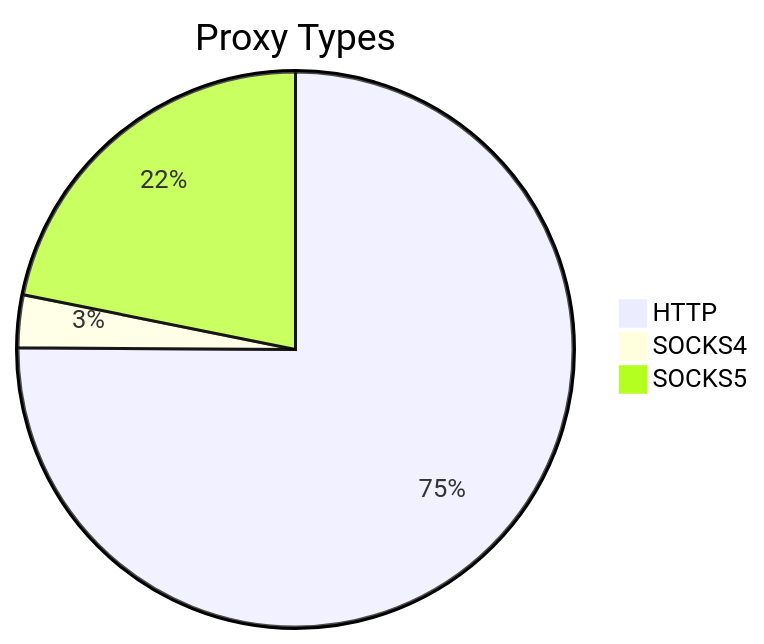
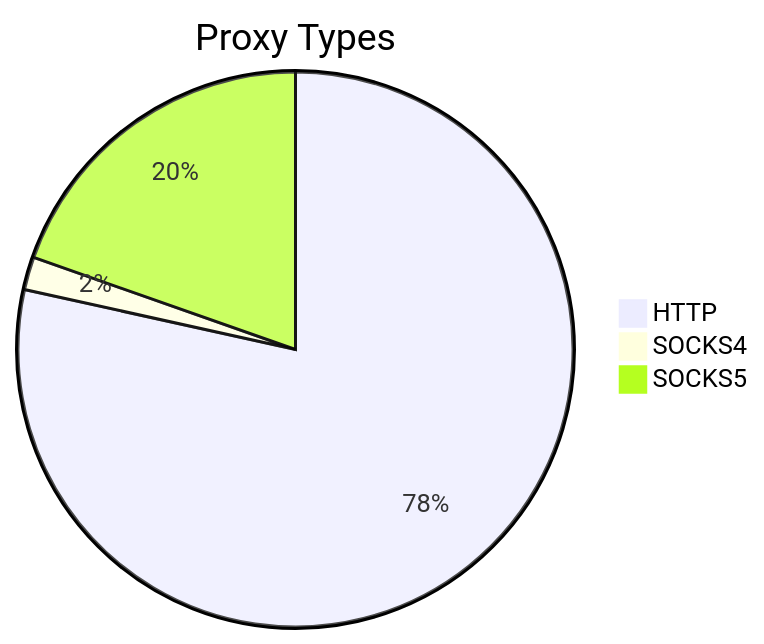
The first of 2 diagrams in README.md (stormsia/proxy-list), drawn with Mermaid before and after one commit. The commit also changed other lines of this file, not shown here.

````diff
--- a/README.md
+++ b/README.md
@@ -21,6 +21,6 @@
 ```mermaid
 pie title Proxy Types
-    "HTTP" : 196
-    "SOCKS4" : 8
-    "SOCKS5" : 57
+    "HTTP" : 164
+    "SOCKS4" : 4
+    "SOCKS5" : 41
 ```
````
